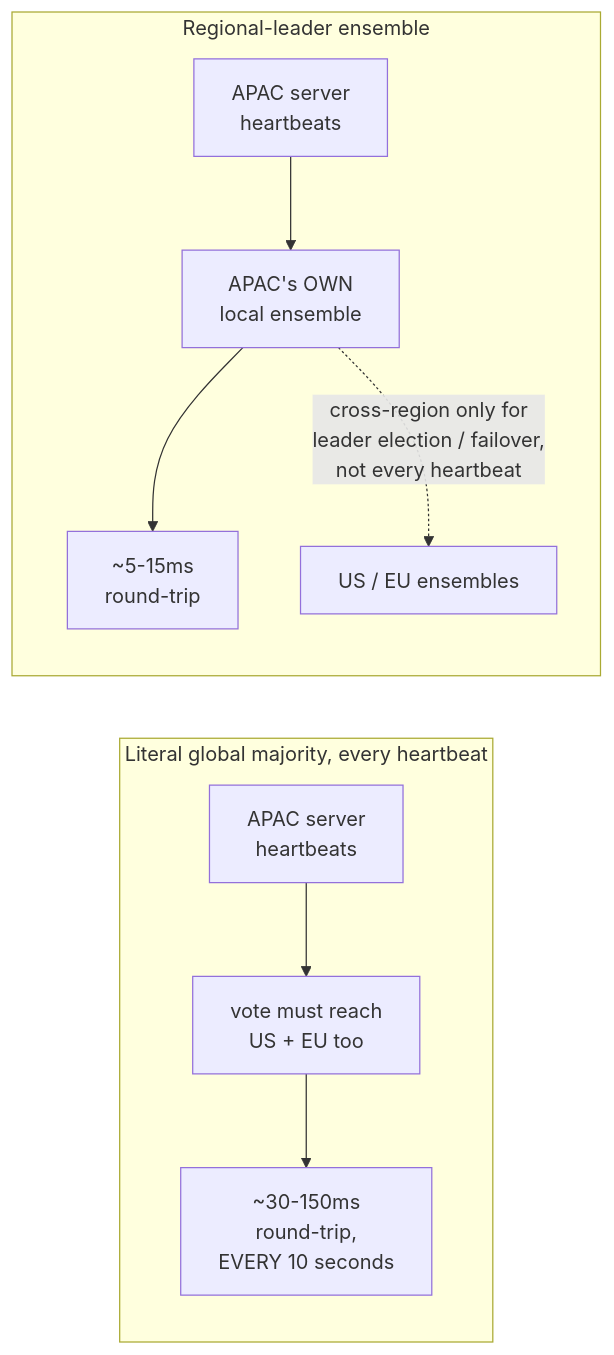
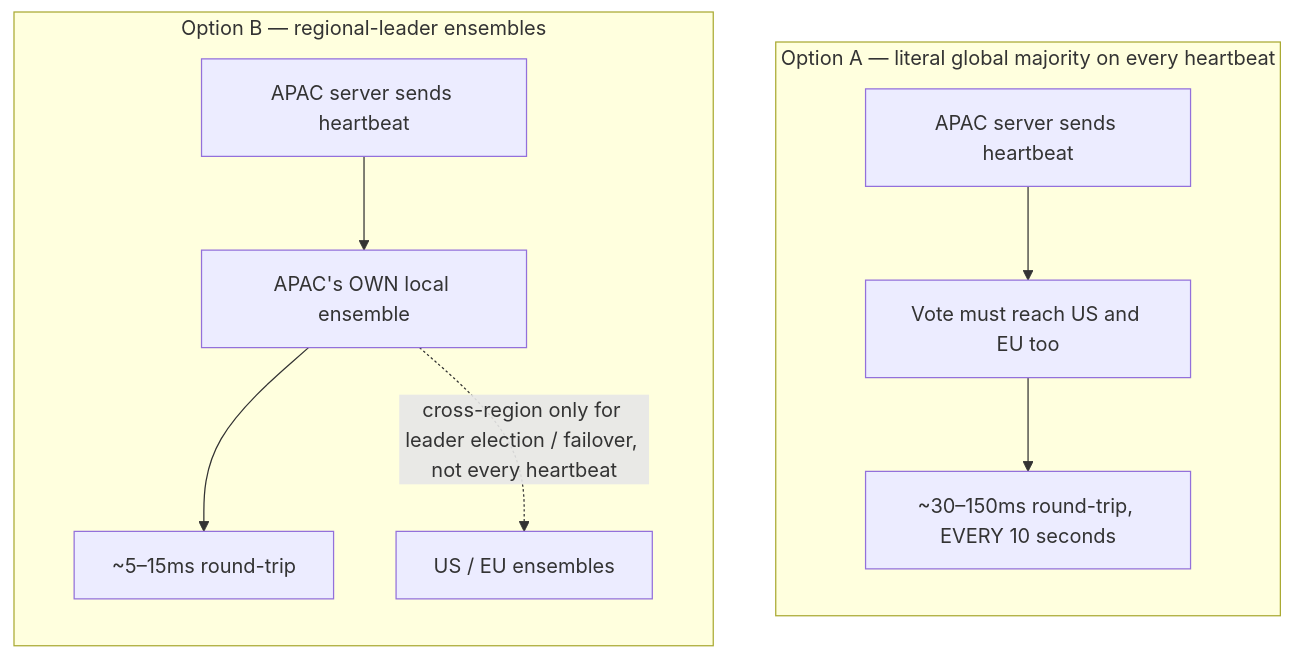
One commit to riyaz-pasha/Learnings changed the seventh of 10 diagrams in system-design/HLD/0-course/61-Design-a-Global-Distributed-Lock-Service-FAANG-Guide-story.md. Above: the diagram before and after it, drawn with Mermaid. The commit also changed other lines of this file and 1 other file, not shown here.

Commit message:
[REWRITE] Global Distributed Lock Service story guide: simplify prose, add structure, fix diagrams

````diff
--- a/system-design/HLD/0-course/61-Design-a-Global-Distributed-Lock-Service-FAANG-Guide-story.md
+++ b/system-design/HLD/0-course/61-Design-a-Global-Distributed-Lock-Service-FAANG-Guide-story.md
@@ -325,19 +496,14 @@
 ```mermaid
-flowchart LR
-    subgraph Global["Literal global majority, every heartbeat"]
-        A["APAC server
-        heartbeats"] --> B["vote must reach
-        US + EU too"]
-        B --> C["~30-150ms
-        round-trip,
-        EVERY 10 seconds"]
+flowchart TB
+    subgraph Global["Option A — literal global majority on every heartbeat"]
+        direction TB
+        A1["APAC server sends heartbeat"] --> A2["Vote must reach US and EU too"]
+        A2 --> A3["~30–150ms round-trip, EVERY 10 seconds"]
     end
-    subgraph Regional["Regional-leader ensemble"]
-        D["APAC server
-        heartbeats"] --> E["APAC's OWN
-        local ensemble"]
-        E --> F["~5-15ms
-        round-trip"]
-        E -.->|"cross-region only for\nleader election / failover,\nnot every heartbeat"| G["US / EU ensembles"]
+    subgraph Regional["Option B — regional-leader ensembles"]
+        direction TB
+        B1["APAC server sends heartbeat"] --> B2["APAC's OWN local ensemble"]
+        B2 --> B3["~5–15ms round-trip"]
+        B2 -.cross-region only for leader election / failover, not every heartbeat.-> B4["US / EU ensembles"]
     end
 ```
````
